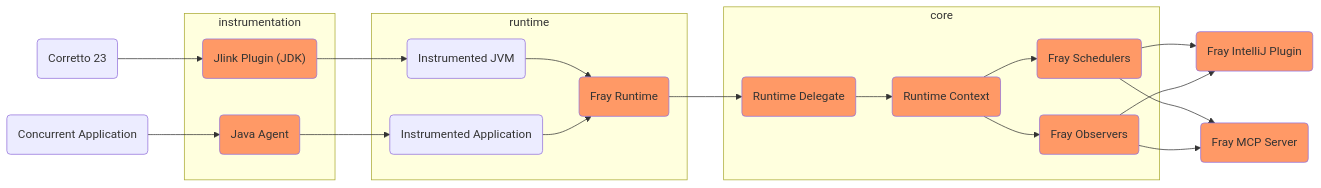
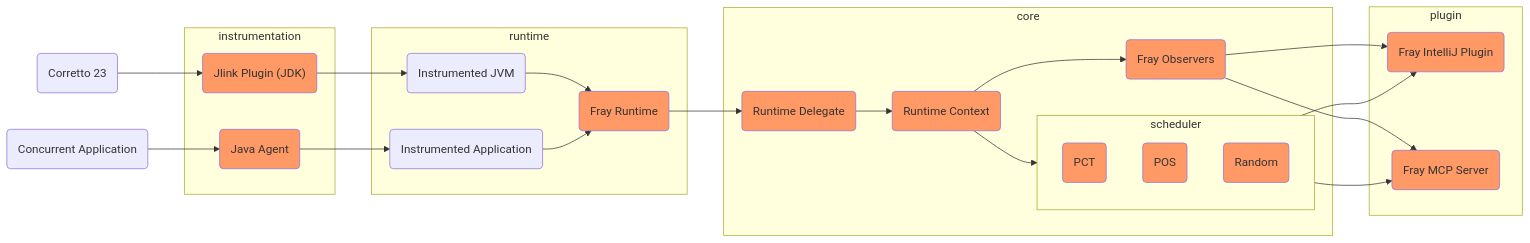
One commit to cmu-pasta/fray changed the diagram in docs/architecture.md. Above: the diagram before and after it, drawn with Mermaid. The commit also changed other lines of this file and 1 other file, not shown here.

````diff
--- a/docs/architecture.md
+++ b/docs/architecture.md
@@ -1,46 +1,56 @@
 ```mermaid
-graph LR
+flowchart LR
     classDef frayComponent fill:#f96
     app("Concurrent Application")
     jvm("Corretto 23")
     subgraph instrumentation
         jlink("`Jlink Plugin (JDK)`"):::frayComponent
         click jlink "https://github.com/cmu-pasta/fray/tree/main/instrumentation/jdk"
         agent("`Java Agent`"):::frayComponent
         click agent "https://github.com/cmu-pasta/fray/tree/main/instrumentation/agent"
     end
     jvm --> jlink
     app --> agent
     subgraph runtime
         instrumented_app("Instrumented Application")
         instrumented_jvm("Instrumented JVM")
         fray_runtime("Fray Runtime"):::frayComponent
     end
     agent --> instrumented_app
     jlink --> instrumented_jvm
     instrumented_jvm --> fray_runtime
     instrumented_app --> fray_runtime
-    subgraph core 
-        fray_runtime_delegate("Runtime Delegate"):::frayComponent
-        click fray_runtime_delegate "https://github.com/cmu-pasta/fray/tree/main/core/src/main/kotlin/org/pastalab/fray/core/delegates"
-        fray_runtime_context("Runtime Context"):::frayComponent
-        click fray_runtime_context "https://github.com/cmu-pasta/fray/blob/main/core/src/main/kotlin/org/pastalab/fray/core/RunContext.kt"
-        fray_schedulers("Fray Schedulers"):::frayComponent
-        click fray_schedulers "https://github.com/cmu-pasta/fray/tree/main/core/src/main/kotlin/org/pastalab/fray/core/scheduler"
-        fray_observers("Fray Observers"):::frayComponent
-        click fray_observers "https://github.com/cmu-pasta/fray/tree/main/core/src/main/kotlin/org/pastalab/fray/core/observers"
-        fray_runtime_delegate --> fray_runtime_context
-        fray_runtime_context --> fray_schedulers
-        fray_runtime_context --> fray_observers
-    end
     fray_runtime --> fray_runtime_delegate
 
+    scheduler --> fray_intellij_plugin
+    scheduler --> fray_mcp_server
+    fray_observers --> fray_intellij_plugin
+    fray_observers --> fray_mcp_server
+    fray_runtime_delegate --> fray_runtime_context
+    fray_runtime_context --> fray_observers
+    fray_runtime_context --> scheduler
+
+subgraph plugin
     fray_intellij_plugin("Fray IntelliJ Plugin"):::frayComponent
     click fray_intellij_plugin "https://github.com/cmu-pasta/fray/tree/main/plugins/idea"
     fray_mcp_server("Fray MCP Server"):::frayComponent
     click fray_mcp_server "https://github.com/cmu-pasta/fray/tree/main/mcp"
-    fray_schedulers --> fray_intellij_plugin
-    fray_schedulers --> fray_mcp_server
-    fray_observers --> fray_intellij_plugin
-    fray_observers --> fray_mcp_server
+end
+
+subgraph core 
+    fray_runtime_delegate("Runtime Delegate"):::frayComponent
+    click fray_runtime_delegate "https://github.com/cmu-pasta/fray/tree/main/core/src/main/kotlin/org/pastalab/fray/core/delegates"
+    fray_runtime_context("Runtime Context"):::frayComponent
+    click fray_runtime_context "https://github.com/cmu-pasta/fray/blob/main/core/src/main/kotlin/org/pastalab/fray/core/RunContext.kt"
+    subgraph scheduler
+        pct("PCT"):::frayComponent
+        click pct "https://github.com/cmu-pasta/fray/blob/main/core/src/main/kotlin/org/pastalab/fray/core/scheduler/PCTScheduler.kt"
+        pos("POS"):::frayComponent
+        click pos "https://github.com/cmu-pasta/fray/tree/main/core/src/main/kotlin/org/pastalab/fray/core/scheduler/POSScheduler.kt"
+        random("Random"):::frayComponent
+        click random "https://github.com/cmu-pasta/fray/tree/main/core/src/main/kotlin/org/pastalab/fray/core/scheduler/RandomScheduler.kt"
+    end
+    fray_observers("Fray Observers"):::frayComponent
+    click fray_observers "https://github.com/cmu-pasta/fray/tree/main/core/src/main/kotlin/org/pastalab/fray/core/observers"
+end
 ```
````
